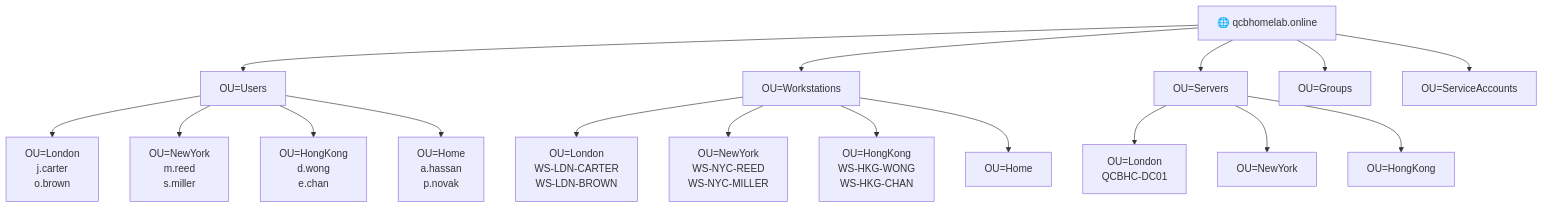
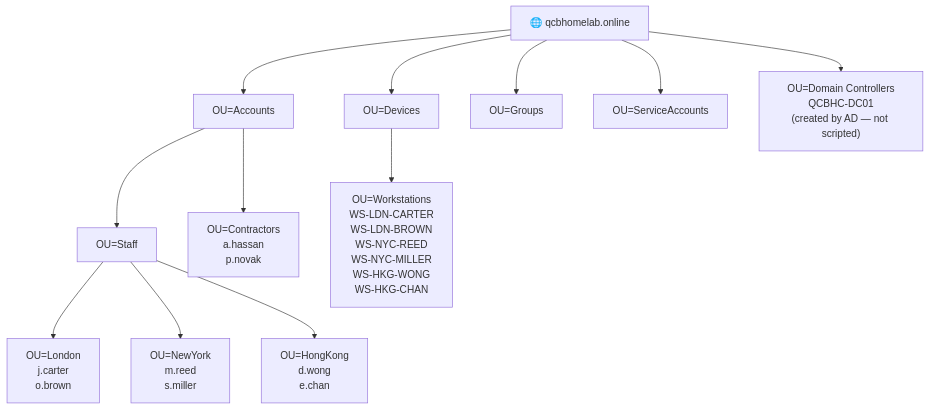
Before and after one commit to sandtiger76/engineering-portfolio: the first of 2 diagrams in m365-hybrid/docs/02-ad-scripts.md, drawn with Mermaid. The commit also changed other lines of this file and 1 other file, not shown here.

````diff
--- a/m365-hybrid/docs/02-ad-scripts.md
+++ b/m365-hybrid/docs/02-ad-scripts.md
@@ -34,24 +54,21 @@
 ```mermaid
 graph TD
     ROOT["🌐 qcbhomelab.online"]
 
-    ROOT --> USERS["OU=Users"]
-    ROOT --> WS["OU=Workstations"]
-    ROOT --> SRV["OU=Servers"]
+    ROOT --> ACC["OU=Accounts"]
+    ROOT --> DEV["OU=Devices"]
     ROOT --> GRP["OU=Groups"]
     ROOT --> SVC["OU=ServiceAccounts"]
 
-    USERS --> ULD["OU=London\nj.carter\no.brown"]
-    USERS --> UNY["OU=NewYork\nm.reed\ns.miller"]
-    USERS --> UHK["OU=HongKong\nd.wong\ne.chan"]
-    USERS --> UHM["OU=Home\na.hassan\np.novak"]
+    ACC --> STF["OU=Staff"]
+    ACC --> CTR["OU=Contractors\na.hassan\np.novak"]
 
-    WS --> WLD["OU=London\nWS-LDN-CARTER\nWS-LDN-BROWN"]
-    WS --> WNY["OU=NewYork\nWS-NYC-REED\nWS-NYC-MILLER"]
-    WS --> WHK["OU=HongKong\nWS-HKG-WONG\nWS-HKG-CHAN"]
-    WS --> WHM["OU=Home"]
+    STF --> SLD["OU=London\nj.carter\no.brown"]
+    STF --> SNY["OU=NewYork\nm.reed\ns.miller"]
+    STF --> SHK["OU=HongKong\nd.wong\ne.chan"]
 
-    SRV --> SLD["OU=London\nQCBHC-DC01"]
-    SRV --> SNY["OU=NewYork"]
-    SRV --> SHK["OU=HongKong"]
+    DEV --> WS["OU=Workstations\nWS-LDN-CARTER\nWS-LDN-BROWN\nWS-NYC-REED\nWS-NYC-MILLER\nWS-HKG-WONG\nWS-HKG-CHAN"]
+
+    DC["OU=Domain Controllers\nQCBHC-DC01\n(created by AD — not scripted)"]
+    ROOT --> DC
 ```
````
